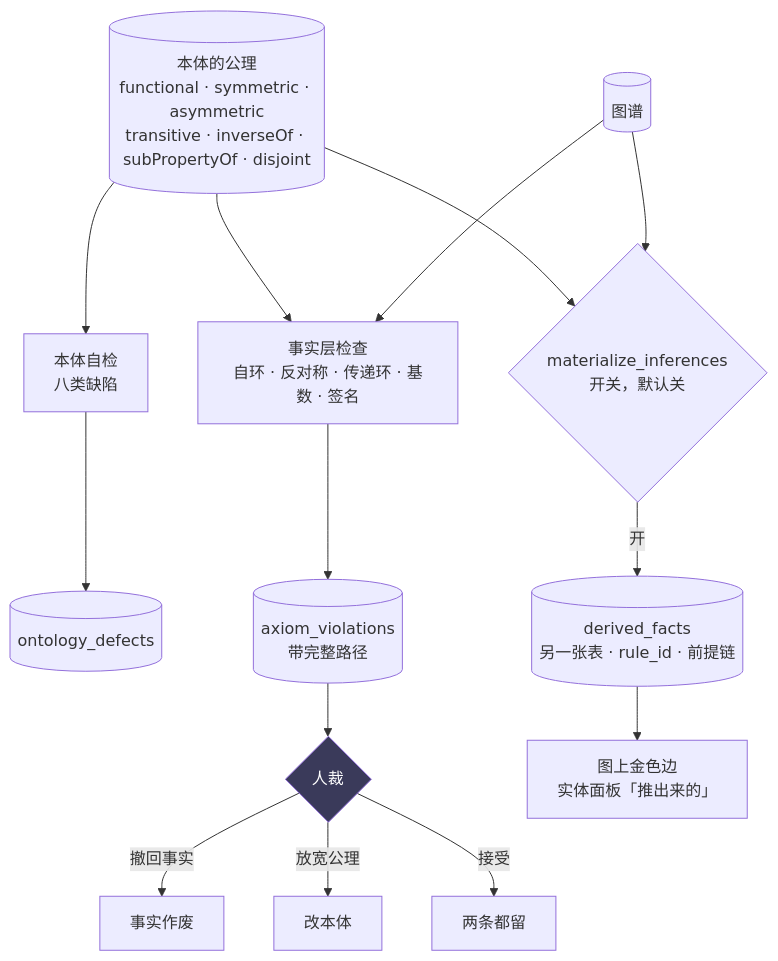
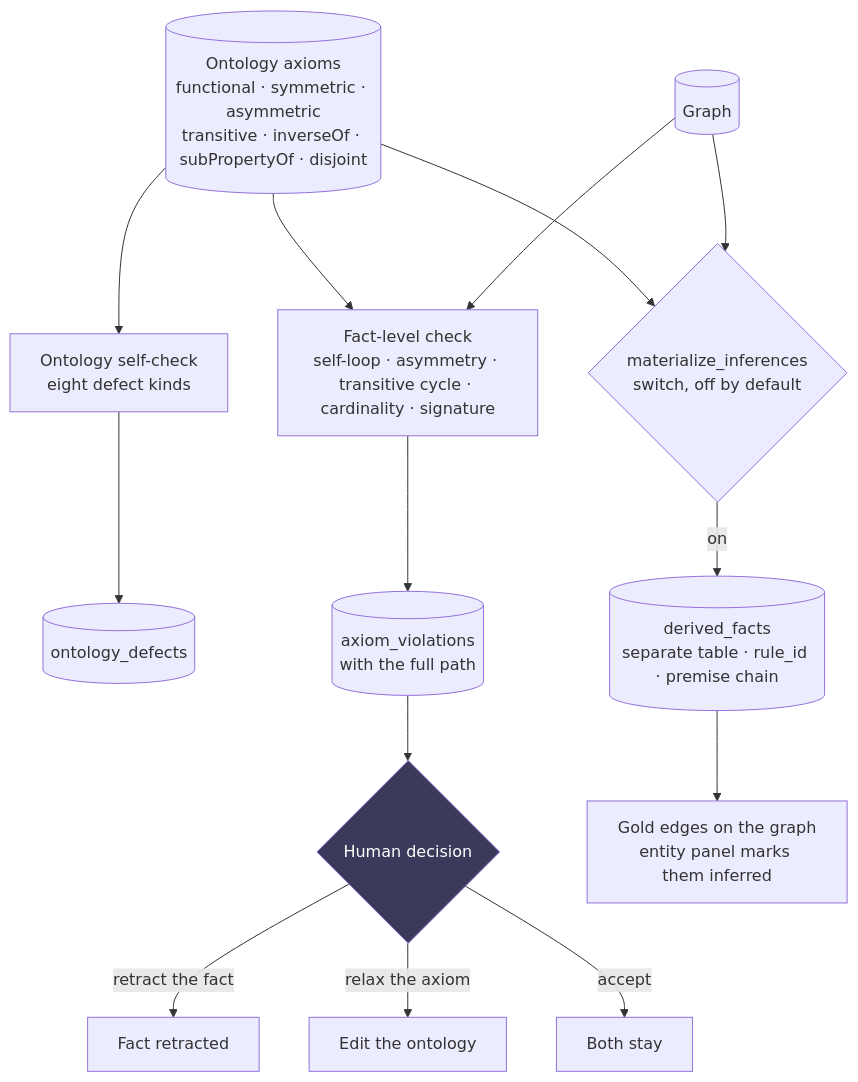
Before and after one commit to Danmushu/utopia: the fifth of 5 diagrams in docs/pipeline.md, drawn with Mermaid. The commit also changed other lines of this file and 18 other files, not shown here.

````diff
--- a/docs/pipeline.md
+++ b/docs/pipeline.md
@@ -248,18 +204,18 @@
 ```mermaid
 flowchart TB
-    ONT[(本体的公理<br/>functional · symmetric · asymmetric<br/>transitive · inverseOf · subPropertyOf · disjoint)] --> SELF[本体自检<br/>八类缺陷]
+    ONT[(Ontology axioms<br/>functional · symmetric · asymmetric<br/>transitive · inverseOf · subPropertyOf · disjoint)] --> SELF[Ontology self-check<br/>eight defect kinds]
     SELF --> DEF[(ontology_defects)]
-    ONT --> R0[事实层检查<br/>自环 · 反对称 · 传递环 · 基数 · 签名]
-    G[(图谱)] --> R0
-    R0 --> VIO[(axiom_violations<br/>带完整路径)]
-    VIO --> DEC{人裁}
-    DEC -->|撤回事实| RET[事实作废]
-    DEC -->|放宽公理| RLX[改本体]
-    DEC -->|接受| ACC[两条都留]
-    ONT --> R1{materialize_inferences<br/>开关，默认关}
+    ONT --> R0[Fact-level check<br/>self-loop · asymmetry · transitive cycle · cardinality · signature]
+    G[(Graph)] --> R0
+    R0 --> VIO[(axiom_violations<br/>with the full path)]
+    VIO --> DEC{Human decision}
+    DEC -->|retract the fact| RET[Fact retracted]
+    DEC -->|relax the axiom| RLX[Edit the ontology]
+    DEC -->|accept| ACC[Both stay]
+    ONT --> R1{materialize_inferences<br/>switch, off by default}
     G --> R1
-    R1 -->|开| DER[(derived_facts<br/>另一张表 · rule_id · 前提链)]
-    DER --> GV[图上金色边<br/>实体面板「推出来的」]
+    R1 -->|on| DER[(derived_facts<br/>separate table · rule_id · premise chain)]
+    DER --> GV[Gold edges on the graph<br/>entity panel marks them inferred]
 
     style DEC fill:#3a3a5a,color:#fff
 ```
````
